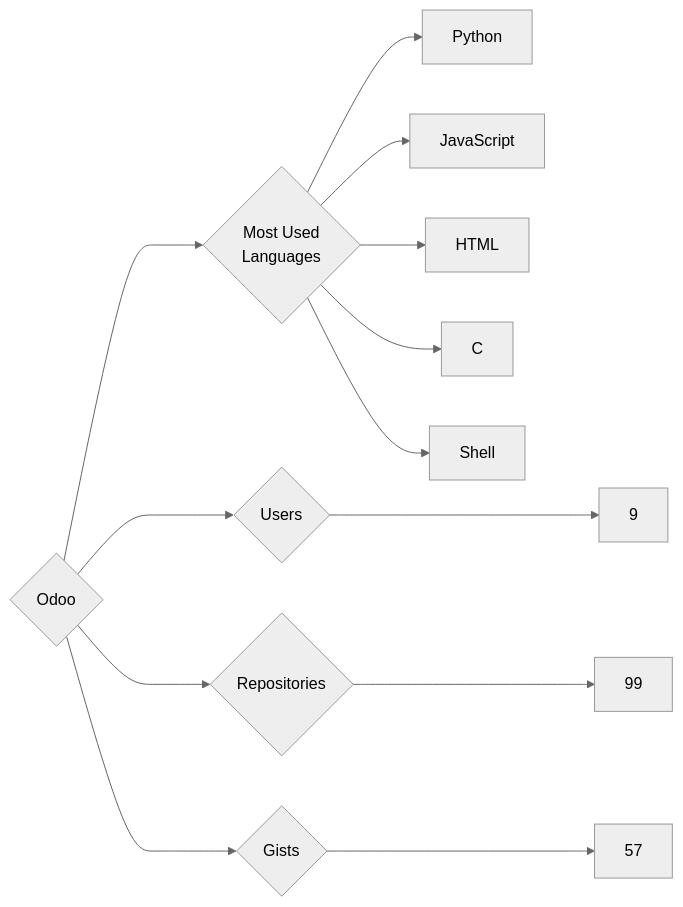
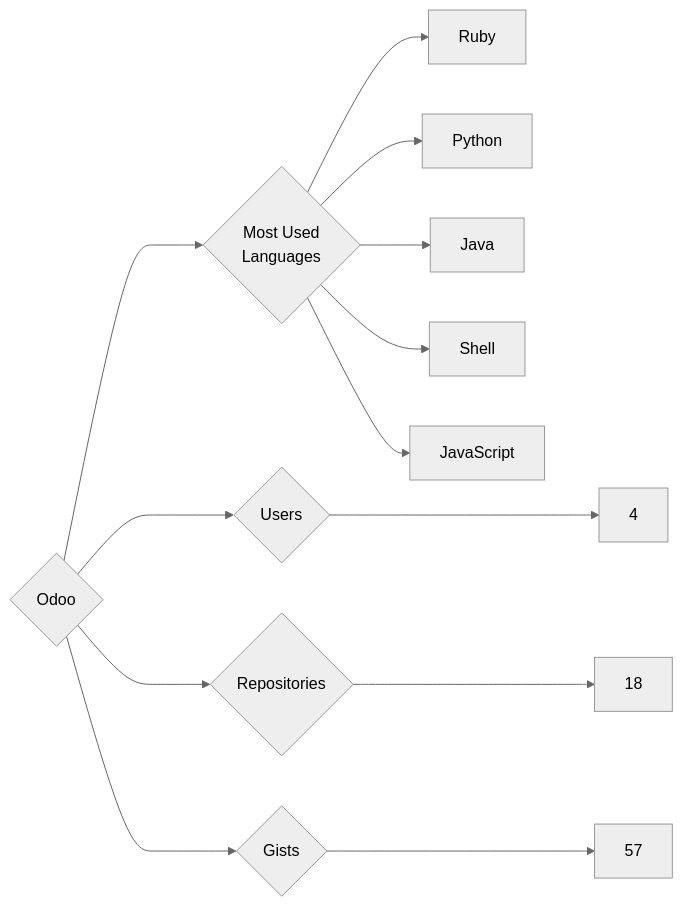
One commit to trickest/insiders changed the diagram in targets/Odoo/README.md. Above: the diagram before and after it, drawn with Mermaid (neutral theme). The commit also changed 1496 other files, not shown here.

````diff
--- a/targets/Odoo/README.md
+++ b/targets/Odoo/README.md
@@ -3,13 +3,13 @@
 ```mermaid
 graph LR
 COMPANY_NAME{Odoo}
-COMPANY_NAME ---> U{Users} ---> UN[9]
-COMPANY_NAME ---> R{Repositories} ---> RN[99]
+COMPANY_NAME ---> U{Users} ---> UN[4]
+COMPANY_NAME ---> R{Repositories} ---> RN[18]
 COMPANY_NAME ---> G{Gists} ---> GN[57]
 COMPANY_NAME ---> ML{Most Used<br>Languages}
+ML --> Ruby[Ruby]
 ML --> Python[Python]
+ML --> Java[Java]
+ML --> Shell[Shell]
 ML --> JavaScript[JavaScript]
-ML --> HTML[HTML]
-ML --> C[C]
-ML --> Shell[Shell]
 ```
````
